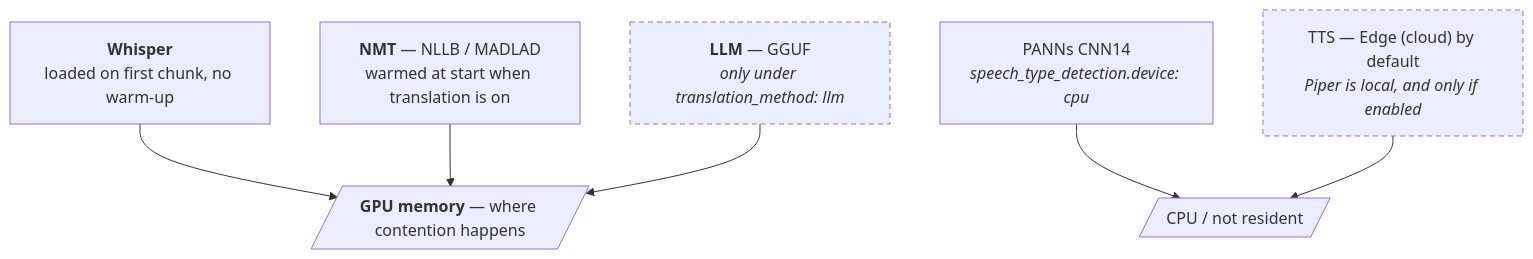
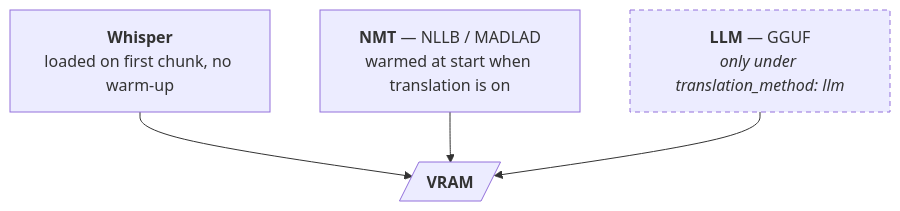
Before and after one commit to ChurchPresenter/STT: the fifth of 12 diagrams in PIPELINE.md, drawn with Mermaid. The commit also changed other lines of this file, not shown here.

First line of the commit message:
docs(pipeline): device and precision are requested, not guaranteed

````diff
--- a/PIPELINE.md
+++ b/PIPELINE.md
@@ -182,19 +210,14 @@
 ```mermaid
 flowchart TD
     WSPM["<b>Whisper</b><br/>loaded on first chunk, no warm-up"]
     NMT["<b>NMT</b> — NLLB / MADLAD<br/>warmed at start when translation is on"]
     LLM["<b>LLM</b> — GGUF<br/><i>only under translation_method: llm</i>"]
-    GPU[/"<b>GPU memory</b> — where contention happens"/]
-    PANNSM["PANNs CNN14<br/><i>speech_type_detection.device: cpu</i>"]
-    TTSM["TTS — Edge (cloud) by default<br/><i>Piper is local, and only if enabled</i>"]
-    CPU[/"CPU / not resident"/]
+    VRAM[/"<b>VRAM</b>"/]
 
-    WSPM --> GPU
-    NMT --> GPU
-    LLM --> GPU
-    PANNSM --> CPU
-    TTSM --> CPU
+    WSPM --> VRAM
+    NMT --> VRAM
+    LLM --> VRAM
 
     classDef optin stroke-dasharray:5 4;
-    class LLM,TTSM optin;
+    class LLM optin;
 ```
````
